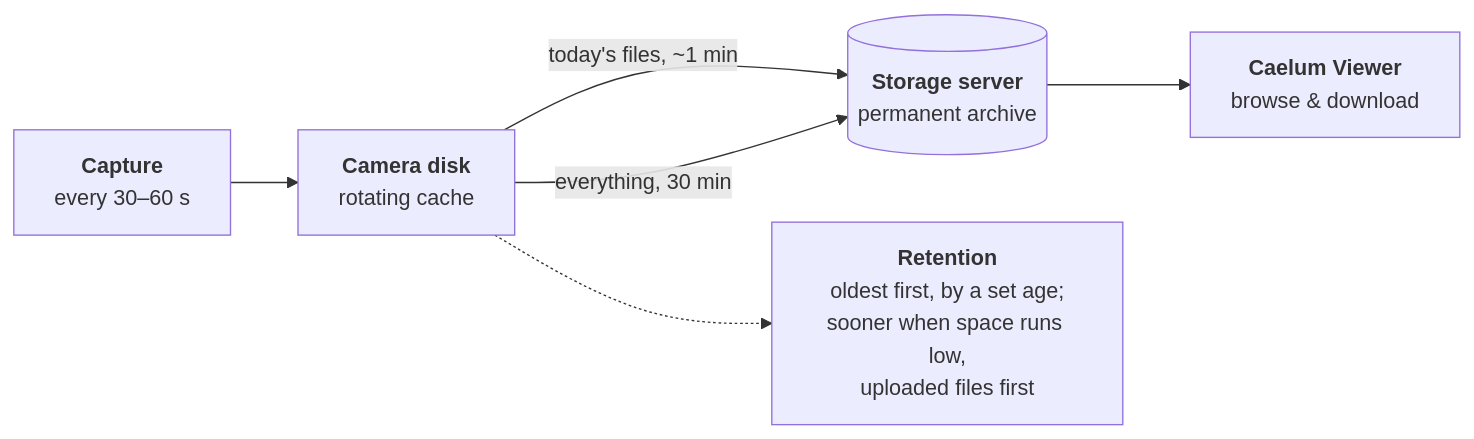
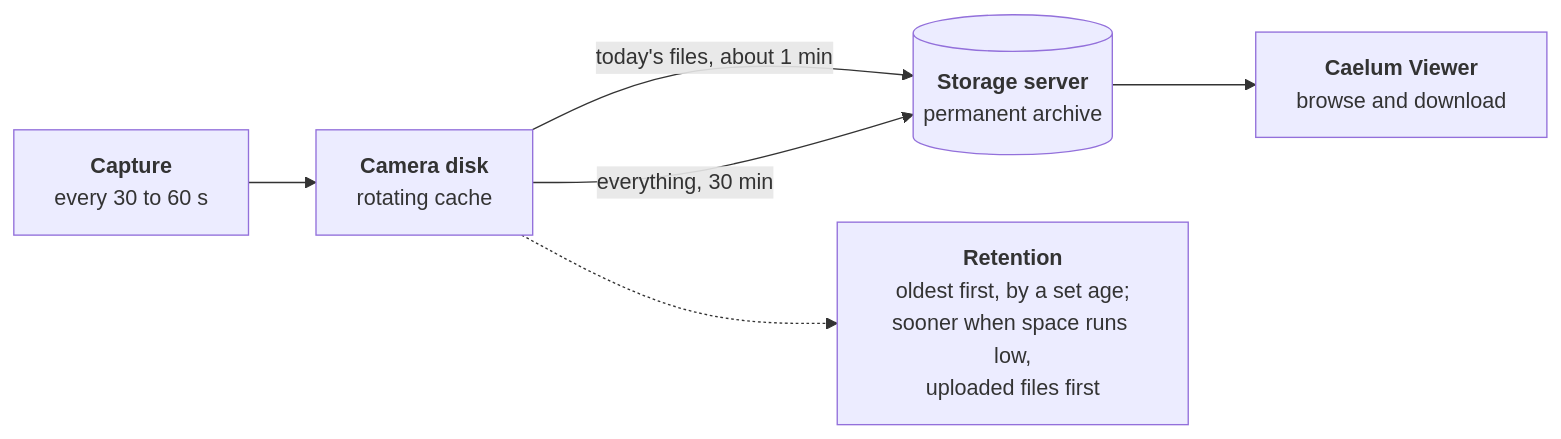
One commit to roman-dvorak/caelum changed the diagram in docs/_diagrams/data-lifecycle.md. Above: the diagram before and after it, drawn with Mermaid. The commit also changed 9 other files, not shown here.

Commit message:
Docs: AMASC01 page with product and documentation buttons, Features, eclipse and aurora videos; link to AMASC01 in Getting started; ASCII-only diagrams

````diff
--- a/docs/_diagrams/data-lifecycle.md
+++ b/docs/_diagrams/data-lifecycle.md
@@ -1,11 +1,11 @@
 ```mermaid
 flowchart LR
-  cap["<b>Capture</b><br/>every 30–60 s"] --> disk["<b>Camera disk</b><br/>rotating cache"]
-  disk -- "today's files, ~1 min" --> srv[("<b>Storage server</b><br/>permanent archive")]
+  cap["<b>Capture</b><br/>every 30 to 60 s"] --> disk["<b>Camera disk</b><br/>rotating cache"]
+  disk -- "today's files, about 1 min" --> srv[("<b>Storage server</b><br/>permanent archive")]
   disk -- "everything, 30 min" --> srv
-  srv --> viewer["<b>Caelum Viewer</b><br/>browse & download"]
+  srv --> viewer["<b>Caelum Viewer</b><br/>browse and download"]
   disk -.-> ret["<b>Retention</b><br/>oldest first, by a set age;<br/>sooner when space runs low,<br/>uploaded files first"]
 
   class srv accent
   class ret dashed
 ```
````
